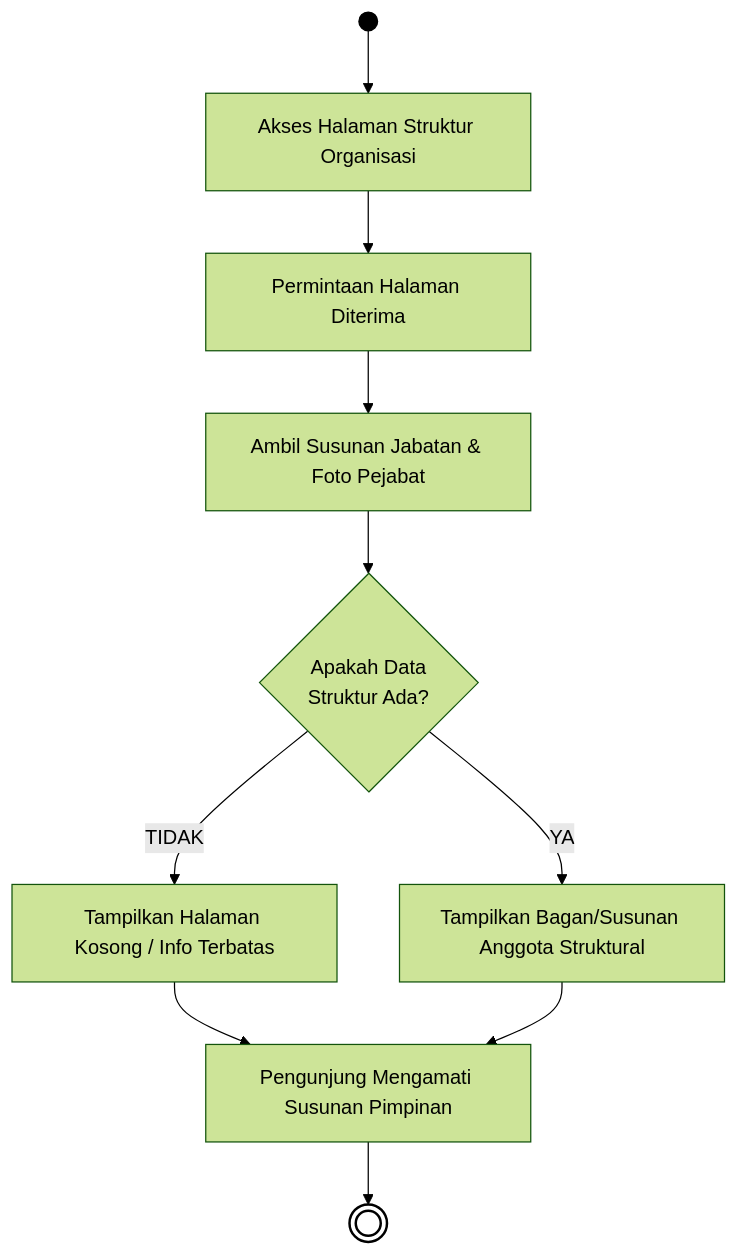
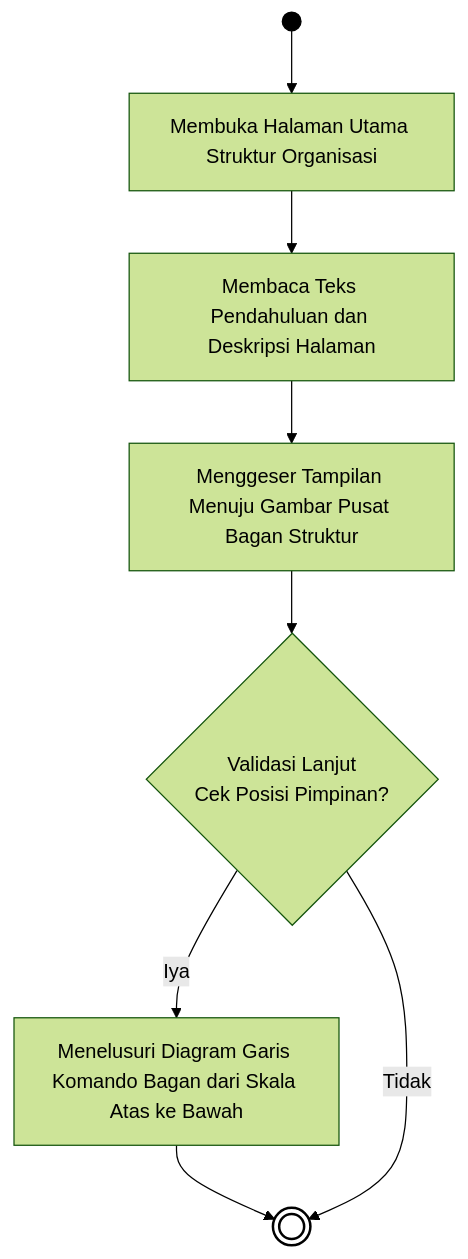
One commit to arbain-dev/Web_fikom changed the fifth of 6 diagrams in docs/01B_DIAGRAM_AKTIVITAS_PUBLIK.md. Above: the diagram before and after it, drawn with Mermaid (forest theme). The commit also changed other lines of this file, not shown here.

Commit message:
docs: overhaul diagram aktivitas publik menjadi flowchart interaktif UX nyata

````diff
--- a/docs/01B_DIAGRAM_AKTIVITAS_PUBLIK.md
+++ b/docs/01B_DIAGRAM_AKTIVITAS_PUBLIK.md
@@ -124,19 +145,16 @@
 ```mermaid
 flowchart TD
-    Start(( )) --> A[Akses Halaman Struktur Organisasi]
+    Start(( )) --> A[Membuka Halaman Utama Struktur Organisasi]
     
-    A --> B[Permintaan Halaman Diterima]
-    B --> C[Ambil Susunan Jabatan & Foto Pejabat]
-    C --> D{Apakah Data\nStruktur Ada?}
+    A --> B[Membaca Teks Pendahuluan dan Deskripsi Halaman]
+    B --> C[Menggeser Tampilan Menuju Gambar Pusat Bagan Struktur]
     
-    D -- TIDAK --> E[Tampilkan Halaman Kosong / Info Terbatas]
-    E --> G
+    C --> D{Validasi Lanjut\nCek Posisi Pimpinan?}
+    D -- Iya --> E[Menelusuri Diagram Garis Komando Bagan dari Skala Atas ke Bawah]
+    E --> End((( )))
     
-    D -- YA --> F[Tampilkan Bagan/Susunan Anggota Struktural]
-    F --> G
-    
-    G[Pengunjung Mengamati Susunan Pimpinan] --> End((( )))
+    D -- Tidak --> End
     
     style Start fill:#000,stroke:#000,color:#000
     style End fill:#fff,stroke:#000,stroke-width:2px
 ```
````
